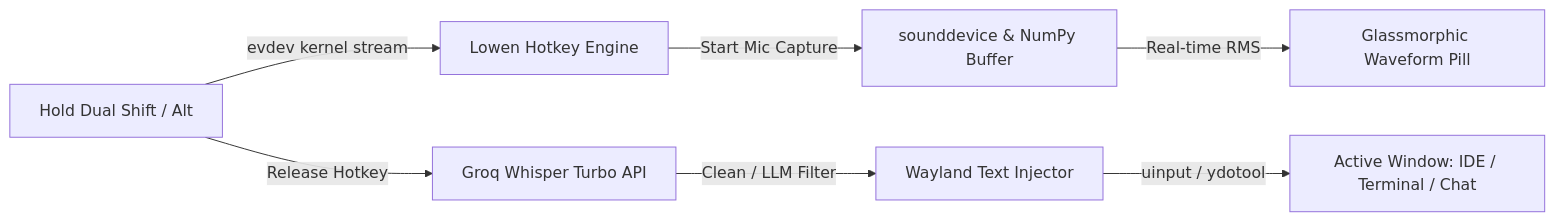
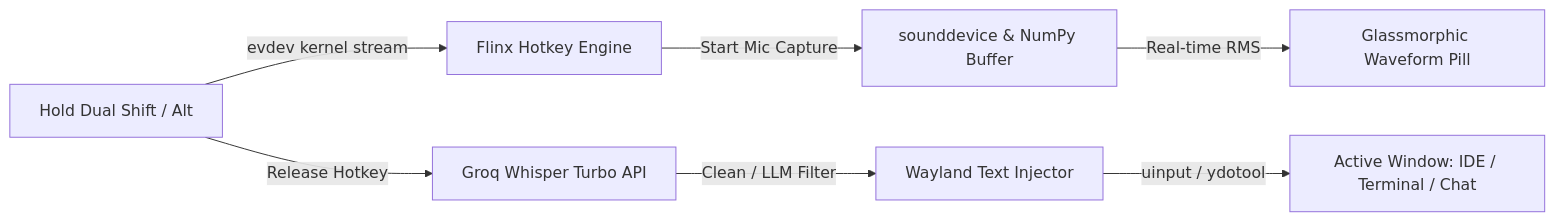
The diagram in README.md (fahadarshadbhatti-cloud/Flinx), drawn with Mermaid before and after one commit. The commit also changed other lines of this file and 19 other files, not shown here.

Commit message:
feat: complete rebrand from Lowen to Flinx

````diff
--- a/README.md
+++ b/README.md
@@ -37,9 +37,9 @@
 ```mermaid
 flowchart LR
-    A[Hold Dual Shift / Alt] -->|evdev kernel stream| B[Lowen Hotkey Engine]
+    A[Hold Dual Shift / Alt] -->|evdev kernel stream| B[Flinx Hotkey Engine]
     B -->|Start Mic Capture| C[sounddevice & NumPy Buffer]
     C -->|Real-time RMS| D[Glassmorphic Waveform Pill]
     A -->|Release Hotkey| E[Groq Whisper Turbo API]
     E -->|Clean / LLM Filter| F[Wayland Text Injector]
     F -->|uinput / ydotool| G[Active Window: IDE / Terminal / Chat]
 ```
````
